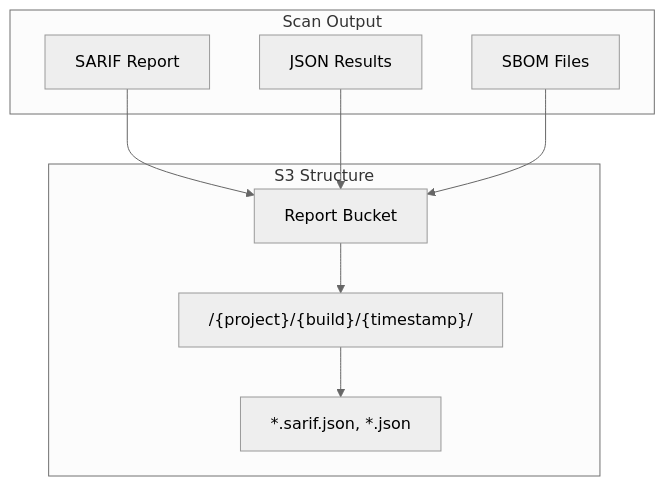
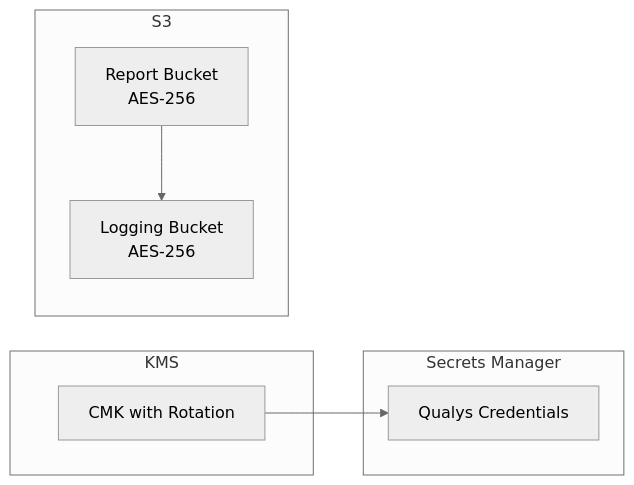
Before and after one commit to nelssec/qualys-codebuild: the seventh of 16 diagrams in docs/technical-architecture.md, drawn with Mermaid (neutral theme). The commit also changed other lines of this file and 5 other files, not shown here.

First line of the commit message:
Qualys QScanner for AWS CodeBuild

````diff
--- a/docs/technical-architecture.md
+++ b/docs/technical-architecture.md
@@ -220,20 +229,18 @@
 ```mermaid
-flowchart TD
-    subgraph "Scan Output"
-        SARIF[SARIF Report]
-        JSON[JSON Results]
-        SBOM[SBOM Files]
+flowchart LR
+    subgraph "KMS"
+        KEY[CMK with Rotation]
     end
 
-    subgraph "S3 Structure"
-        BUCKET[Report Bucket]
-        PREFIX["/{project}/{build}/{timestamp}/"]
-        FILES["*.sarif.json, *.json"]
+    subgraph "Secrets Manager"
+        SECRET[Qualys Credentials]
     end
 
-    SARIF --> BUCKET
-    JSON --> BUCKET
-    SBOM --> BUCKET
-    BUCKET --> PREFIX
-    PREFIX --> FILES
+    subgraph "S3"
+        BUCKET[Report Bucket<br/>AES-256]
+        LOGS[Logging Bucket<br/>AES-256]
+    end
+
+    KEY --> SECRET
+    BUCKET --> LOGS
 ```
````
